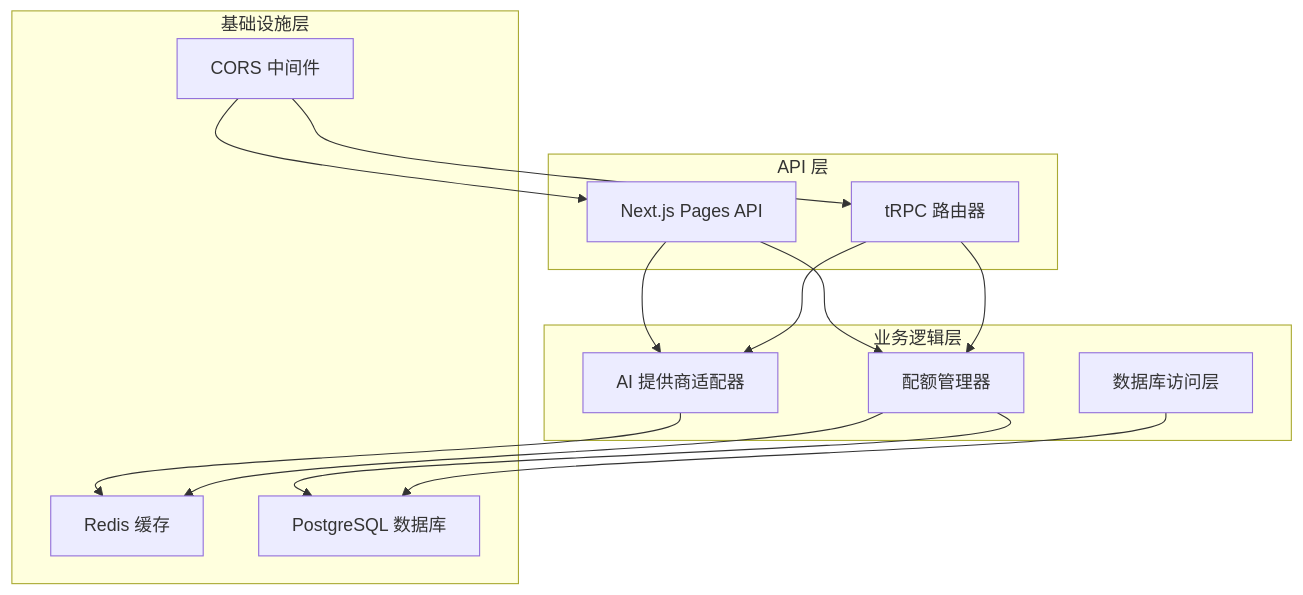
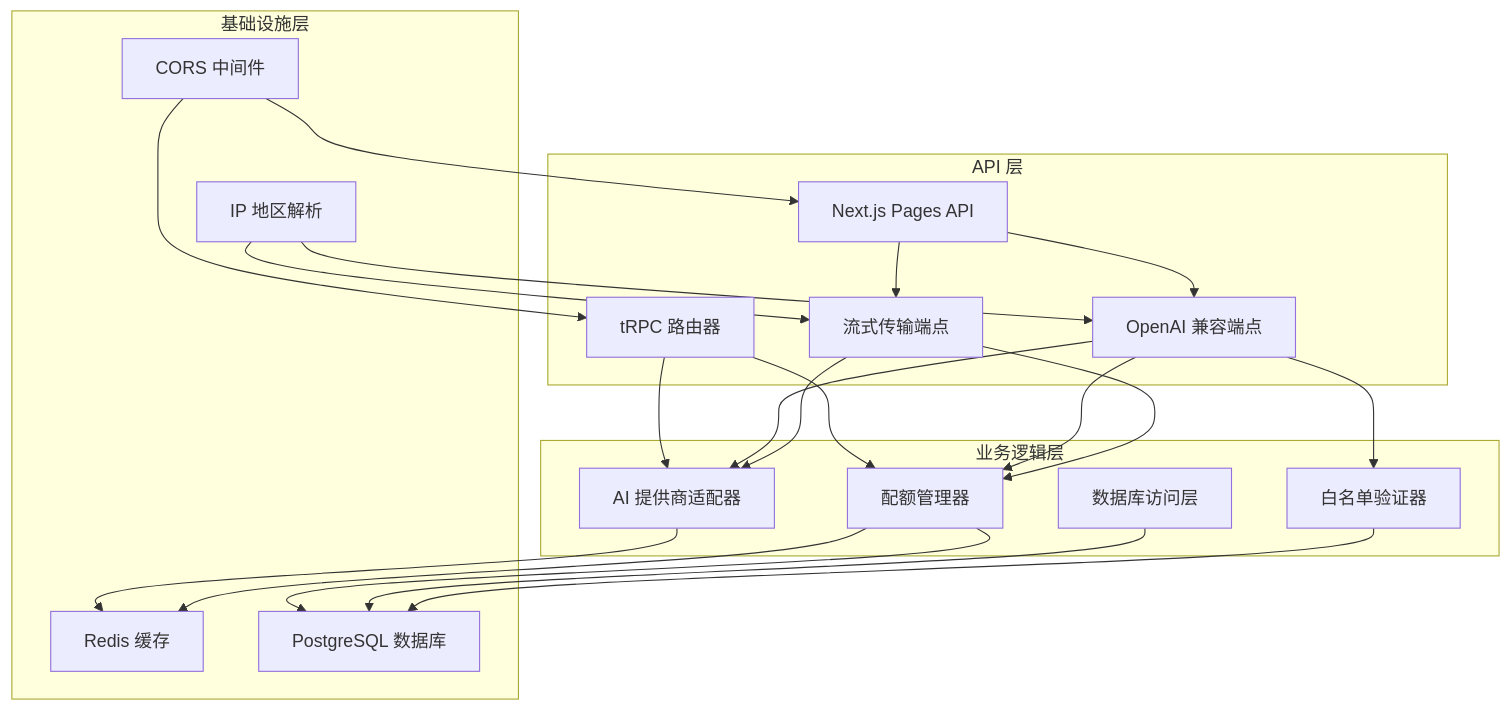
The first of 9 diagrams in .qoder/repowiki/zh/content/API 参考/OpenAI 兼容接口.md (RadiumAg/AIGate), drawn with Mermaid before and after one commit. The commit also changed other lines of this file and 4 other files, not shown here.

````diff
--- a/.qoder/repowiki/zh/content/API 参考/OpenAI 兼容接口.md
+++ b/.qoder/repowiki/zh/content/API 参考/OpenAI 兼容接口.md
@@ -38,27 +44,39 @@
 ```mermaid
 graph TB
 subgraph "API 层"
 A[Next.js Pages API]
 B[tRPC 路由器]
+C[OpenAI 兼容端点]
+D[流式传输端点]
 end
 subgraph "业务逻辑层"
-C[AI 提供商适配器]
-D[配额管理器]
-E[数据库访问层]
+E[AI 提供商适配器]
+F[配额管理器]
+G[数据库访问层]
+H[白名单验证器]
 end
 subgraph "基础设施层"
-F[Redis 缓存]
-G[PostgreSQL 数据库]
-H[CORS 中间件]
+I[Redis 缓存]
+J[PostgreSQL 数据库]
+K[CORS 中间件]
+L[IP 地区解析]
 end
 A --> C
 A --> D
-B --> C
-B --> D
+B --> E
+B --> F
+C --> E
 C --> F
+C --> H
+D --> E
 D --> F
-D --> G
-E --> G
-H --> A
-H --> B
+E --> I
+F --> I
+F --> J
+G --> J
+H --> J
+K --> A
+K --> B
+L --> C
+L --> D
 ```
````
